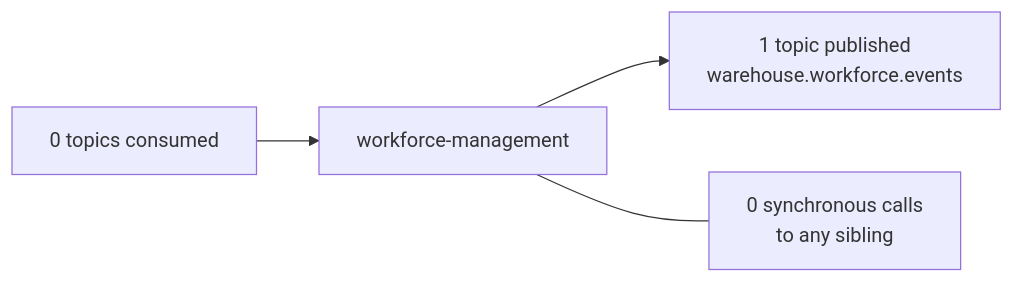
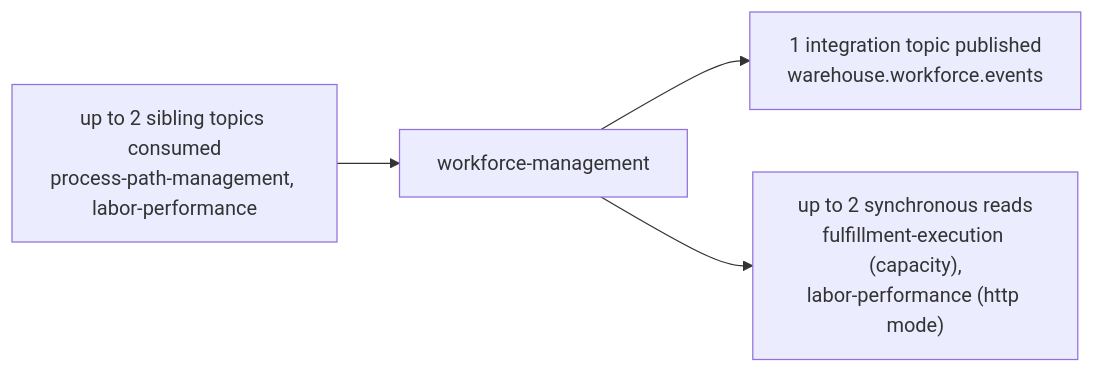
One commit to claudioed/workforce-management changed the second of 2 diagrams in docs/docs/ecosystem/context-map.md. Above: the diagram before and after it, drawn with Mermaid. The commit also changed other lines of this file and 18 other files, not shown here.

````diff
--- a/docs/docs/ecosystem/context-map.md
+++ b/docs/docs/ecosystem/context-map.md
@@ -145,11 +182,11 @@
 ```mermaid
 flowchart LR
   WFM["workforce-management"]
-  OUT["1 topic published<br/>warehouse.workforce.events"]
-  IN["0 topics consumed"]
-  SYNC["0 synchronous calls<br/>to any sibling"]
+  OUT["1 integration topic published<br/>warehouse.workforce.events"]
+  IN["up to 2 sibling topics consumed<br/>process-path-management, labor-performance"]
+  SYNC["up to 2 synchronous reads<br/>fulfillment-execution (capacity),<br/>labor-performance (http mode)"]
 
   WFM --> OUT
   IN --> WFM
-  WFM --- SYNC
+  WFM --> SYNC
 ```
````
